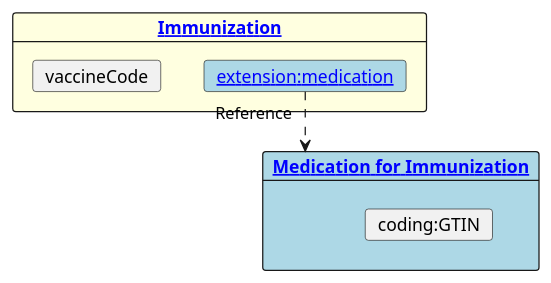
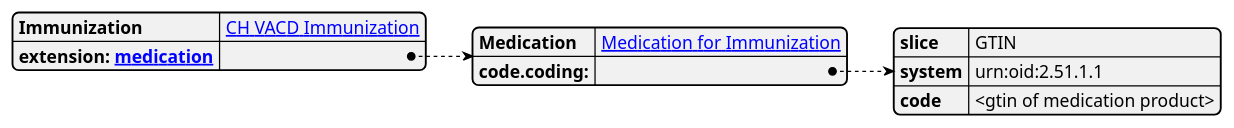
One commit to hl7ch/ch-vacd changed the diagram in input/images-source/ext-immunization-medication-reference.plantuml. Above: the diagram before and after it, drawn with PlantUML. The commit also changed 1 other file, not shown here.

Commit message:
anpassung der darstellung im diagram (#381)

```diff
--- a/input/images-source/ext-immunization-medication-reference.plantuml
+++ b/input/images-source/ext-immunization-medication-reference.plantuml
@@ -1,16 +1,15 @@
-@startuml
-
-'left to right direction
-
-card "[[StructureDefinition-ch-vacd-immunization.html Immunization]]" as Immunization #LightYellow {
-  card "[[StructureDefinition-ch-vacd-ext-immunization-medication-reference.html extension:medication]]" as medication #LightBlue
-  card "vaccineCode"
+@startjson
+{
+   "Immunization": "[[StructureDefinition-ch-vacd-immunization.html CH VACD Immunization]]",
+   "extension: [[StructureDefinition-ch-vacd-ext-immunization-medication-reference.html medication]]": {
+      "Medication": "[[StructureDefinition-ch-vacd-medication-for-immunization.html Medication for Immunization]]",
+      "code.coding:": {
+          "slice": "GTIN",
+          "system": "urn:oid:2.51.1.1",
+          "code": "<gtin of medication product>"
+      }
+   }
 }
 
-card "[[StructureDefinition-ch-vacd-medication-for-immunization.html Medication for Immunization]]" as MedicationImmunization #LightBlue {
-  card "coding:GTIN"
-}
 
-medication "Reference"..> MedicationImmunization
-
-@enduml
+@endjson
```
